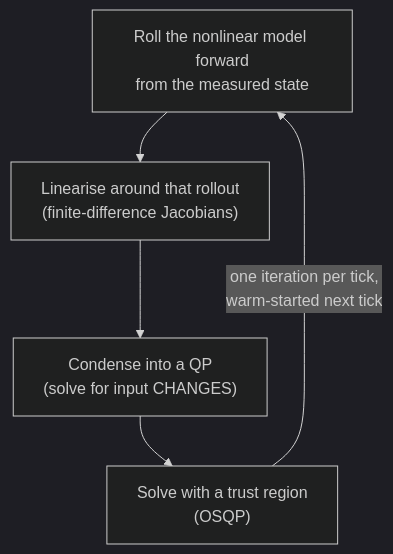
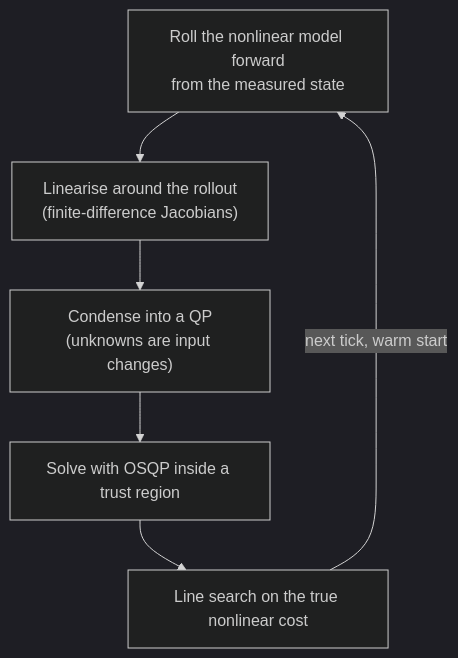
The diagram in docs/controllers/nmpc.md (Martin-Jin/fsae_MPCTest), drawn with Mermaid (dark theme) before and after one commit. The commit also changed other lines of this file and 30 other files, not shown here.

````diff
--- a/docs/controllers/nmpc.md
+++ b/docs/controllers/nmpc.md
@@ -44,8 +56,9 @@
 ```mermaid
 flowchart TD
     A["Roll the nonlinear model forward<br/>from the measured state"]
-    B["Linearise around that rollout<br/>(finite-difference Jacobians)"]
-    C["Condense into a QP<br/>(solve for input CHANGES)"]
-    D["Solve with a trust region<br/>(OSQP)"]
-    A --> B --> C --> D -->|"one iteration per tick,<br/>warm-started next tick"| A
+    B["Linearise around the rollout<br/>(finite-difference Jacobians)"]
+    C["Condense into a QP<br/>(unknowns are input changes)"]
+    D["Solve with OSQP inside a trust region"]
+    E["Line search on the true nonlinear cost"]
+    A --> B --> C --> D --> E -->|"next tick, warm start"| A
 ```
````
